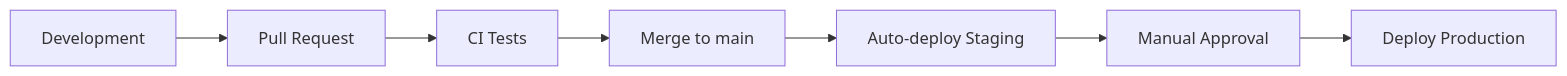
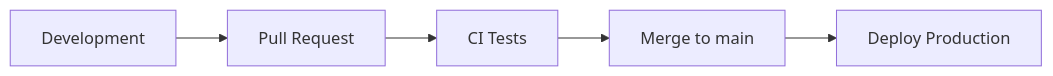
The diagram in docs/operations/deploy.md (egorov-ma/aqstream), drawn with Mermaid before and after one commit. The commit also changed other lines of this file and 47 other files, not shown here.

````diff
--- a/docs/operations/deploy.md
+++ b/docs/operations/deploy.md
@@ -7,9 +7,7 @@
 ```mermaid
 flowchart LR
     Dev["Development"] --> PR["Pull Request"]
     PR --> CI["CI Tests"]
     CI --> Main["Merge to main"]
-    Main --> Staging["Auto-deploy Staging"]
-    Staging --> Approval["Manual Approval"]
-    Approval --> Prod["Deploy Production"]
+    Main --> Prod["Deploy Production"]
 ```
````
